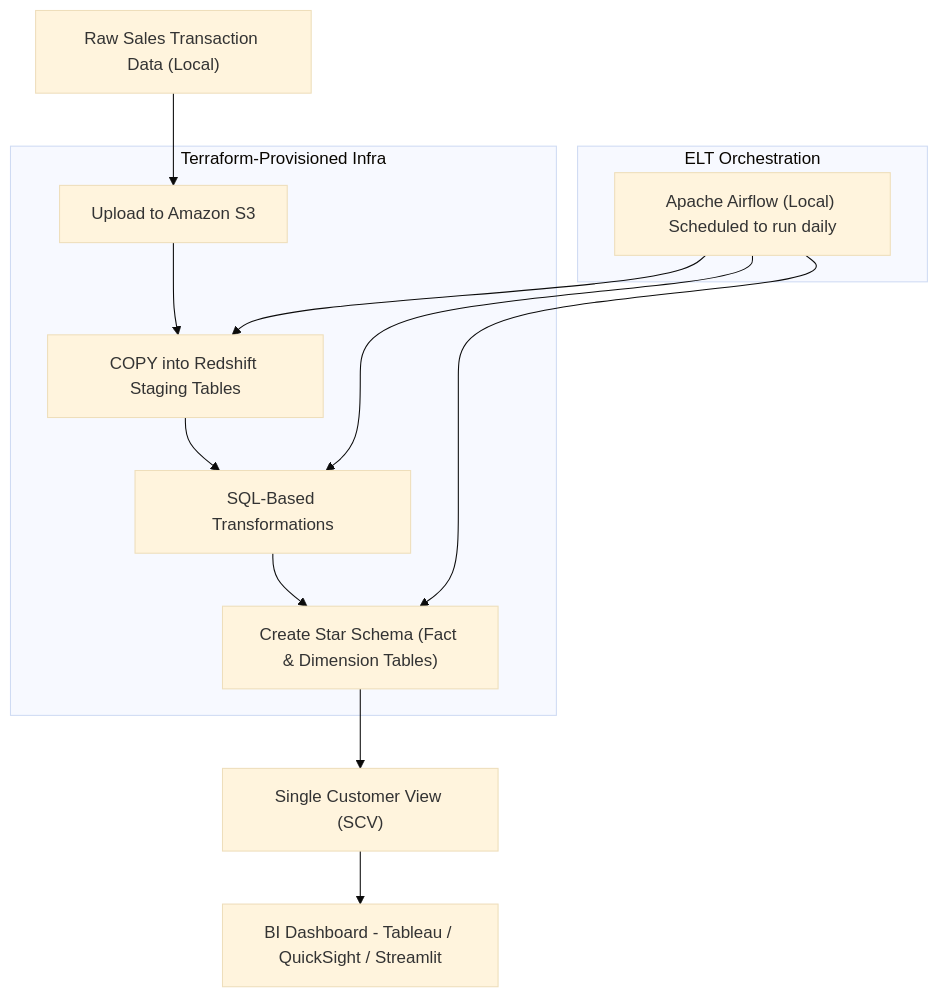
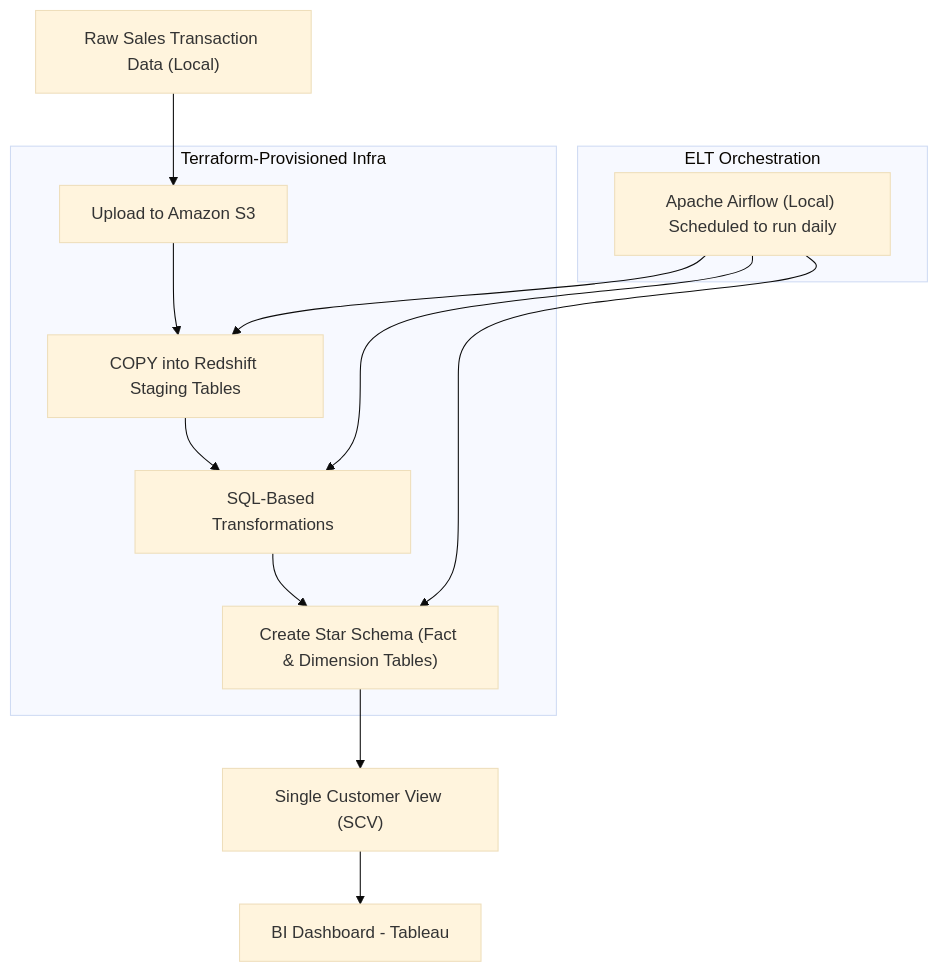
The diagram in README.md (tungstennn/EcomDataPipeline-DataOps), drawn with Mermaid (base theme) before and after one commit. The commit also changed other lines of this file, not shown here.

````diff
--- a/README.md
+++ b/README.md
@@ -14,24 +14,24 @@
 ```mermaid
 graph TD
     A["Raw Sales Transaction Data (Local)"] --> B["Upload to Amazon S3"]
     B --> C["COPY into Redshift Staging Tables"]
     C --> D["SQL-Based Transformations"]
     D --> E["Create Star Schema (Fact & Dimension Tables)"]
     E --> F["Single Customer View (SCV)"]
-    F --> G["BI Dashboard - Tableau / QuickSight / Streamlit"]
+    F --> G["BI Dashboard - Tableau"]
 
     subgraph "Terraform-Provisioned Infra"
         B
         C
         D
         E
     end
 
     subgraph "ELT Orchestration"
         H["Apache Airflow (Local) Scheduled to run daily"]
     end
 
     H --> C
     H --> D
     H --> E
 ```
````
